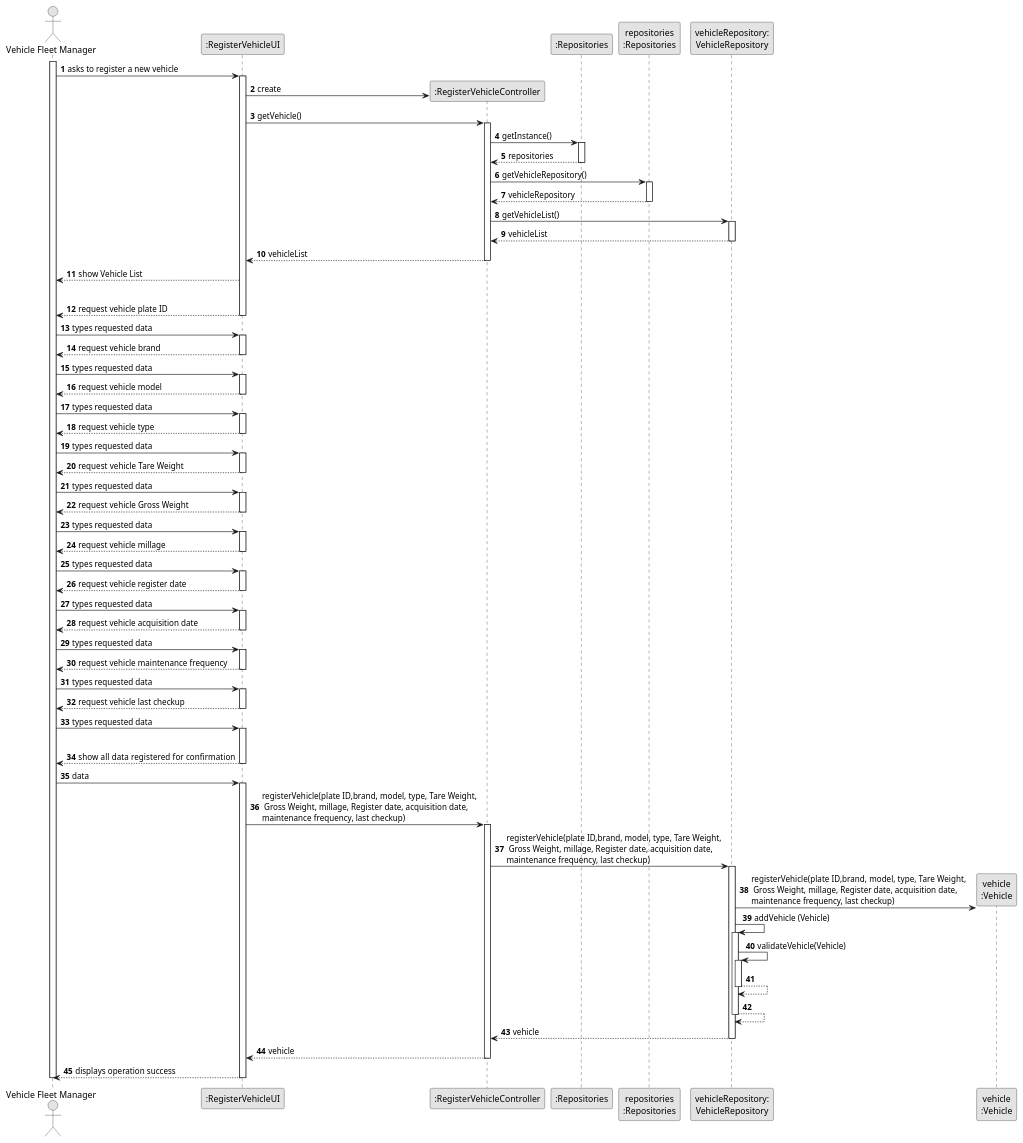
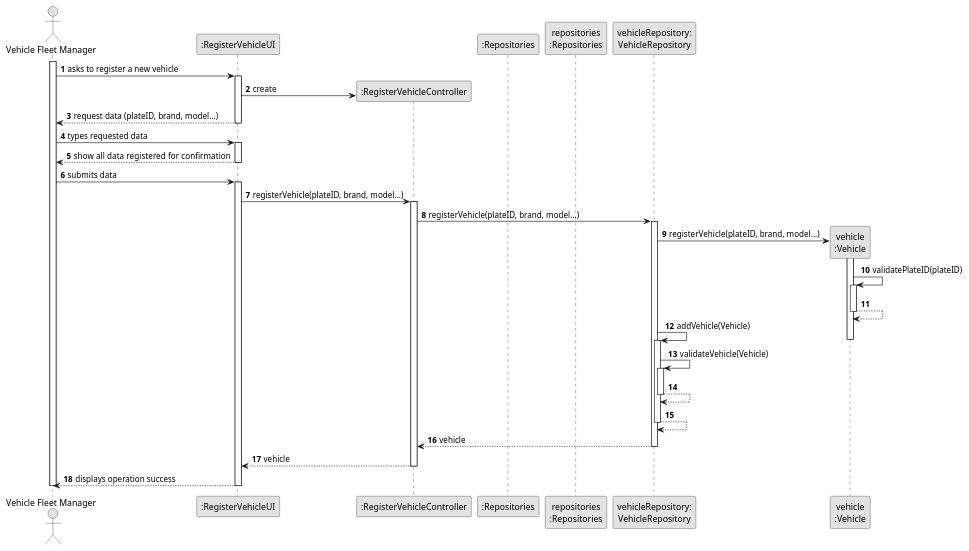
One commit to SAEmanuel/Green_Spaces_Management_ISEP changed the diagram in docs/sprintB/us006/03.design/puml/us006-sequence-diagram-full.puml. Above: the diagram before and after it, drawn with PlantUML. The commit also changed 3 other files, not shown here.

```diff
--- a/docs/sprintB/us006/03.design/puml/us006-sequence-diagram-full.puml
+++ b/docs/sprintB/us006/03.design/puml/us006-sequence-diagram-full.puml
@@ -1,160 +1,80 @@
 @startuml
 skinparam monochrome true
 skinparam packageStyle rectangle
 skinparam shadowing false
 
 autonumber
 
 'hide footbox
 actor "Vehicle Fleet Manager" as VFM
 participant ":RegisterVehicleUI" as UI
 participant ":RegisterVehicleController" as CTRL
 participant ":Repositories" as RepositorySingleton
 participant "repositories\n:Repositories" as PLAT
 participant "vehicleRepository:\nVehicleRepository" as vehicleRepository
 participant "vehicle\n:Vehicle" as VEICULO
 
 activate VFM
 
         VFM -> UI : asks to register a new vehicle
 
         activate UI
 
 '            UI --> ADM : requests data (reference, description,  informal \n description, technical description, duration, cost)
             'create CTRL
             UI -> CTRL** : create
 
-            UI -> CTRL : getVehicle()
-            activate CTRL
-
-                CTRL -> RepositorySingleton : getInstance()
-                activate RepositorySingleton
-
-                    RepositorySingleton --> CTRL: repositories
-                deactivate RepositorySingleton
-
-                CTRL -> PLAT : getVehicleRepository()
-                activate PLAT
-
-                    PLAT --> CTRL: vehicleRepository
-                deactivate PLAT
-
-                CTRL -> vehicleRepository : getVehicleList()
-                activate vehicleRepository
-
-                    vehicleRepository --> CTRL : vehicleList
-                deactivate vehicleRepository
-
-                CTRL --> UI : vehicleList
-            deactivate CTRL
-
-
-        UI --> VFM : show Vehicle List
-        |||
-        UI --> VFM : request vehicle plate ID
+        UI --> VFM : request data (plateID, brand, model...)
             deactivate UI
 
         VFM -> UI : types requested data
         activate UI
 
-        UI --> VFM : request vehicle brand
-        deactivate UI
-
-        VFM -> UI : types requested data
-        activate UI
-
-        UI --> VFM : request vehicle model
-        deactivate UI
-
-        VFM -> UI : types requested data
-        activate UI
-
-        UI --> VFM : request vehicle type
-        deactivate UI
-
-        VFM -> UI : types requested data
-        activate UI
-
-        UI --> VFM : request vehicle Tare Weight
-        deactivate UI
-
-        VFM -> UI : types requested data
-        activate UI
-
-        UI --> VFM : request vehicle Gross Weight
-        deactivate UI
-
-        VFM -> UI : types requested data
-        activate UI
-
-        UI --> VFM : request vehicle millage
-        deactivate UI
-
-        VFM -> UI : types requested data
-        activate UI
-
-        UI --> VFM : request vehicle register date
-        deactivate UI
-
-        VFM -> UI : types requested data
-        activate UI
-
-        UI --> VFM : request vehicle acquisition date
-        deactivate UI
-
-        VFM -> UI : types requested data
-        activate UI
-
-        UI --> VFM : request vehicle maintenance frequency
-        deactivate UI
-
-        VFM -> UI : types requested data
-        activate UI
-
-        UI --> VFM : request vehicle last checkup
-        deactivate UI
-
-        VFM -> UI : types requested data
-        activate UI
-        |||
 
         UI --> VFM : show all data registered  for confirmation
         deactivate UI
 
-    VFM -> UI : data
+    VFM -> UI : submits data
     activate UI
 
-        UI -> CTRL : registerVehicle(plate ID,brand, model, type, Tare Weight,\n Gross Weight, millage, Register date, acquisition date,\nmaintenance frequency, last checkup)
+        UI -> CTRL : registerVehicle(plateID, brand, model...)
         activate CTRL
 
 
+            CTRL -> vehicleRepository: registerVehicle(plateID, brand, model...)
+            activate vehicleRepository
+
+            vehicleRepository -> VEICULO**: registerVehicle(plateID, brand, model...)
+            activate VEICULO
+
+            VEICULO -> VEICULO : validatePlateID(plateID)
+                activate VEICULO
+                    VEICULO --> VEICULO
+                deactivate VEICULO
 
 
-            CTRL -> vehicleRepository: registerVehicle(plate ID,brand, model, type, Tare Weight,\n Gross Weight, millage, Register date, acquisition date,\nmaintenance frequency, last checkup)
-            activate vehicleRepository
 
-                vehicleRepository -> VEICULO**: registerVehicle(plate ID,brand, model, type, Tare Weight,\n Gross Weight, millage, Register date, acquisition date,\nmaintenance frequency, last checkup)
-                vehicleRepository -> vehicleRepository: addVehicle (Vehicle)
-
+                vehicleRepository -> vehicleRepository: addVehicle(Vehicle)
+            deactivate VEICULO
 
                 activate vehicleRepository
                     vehicleRepository -> vehicleRepository: validateVehicle(Vehicle)
                     activate vehicleRepository
                         vehicleRepository --> vehicleRepository
                     deactivate vehicleRepository
 
                     vehicleRepository --> vehicleRepository
                 deactivate vehicleRepository
 
                 vehicleRepository --> CTRL : vehicle
 
             deactivate vehicleRepository
 
             CTRL --> UI: vehicle
             deactivate CTRL
             UI --> VFM: displays operation success
     deactivate UI
 
 deactivate VFM
 
 @enduml
```
